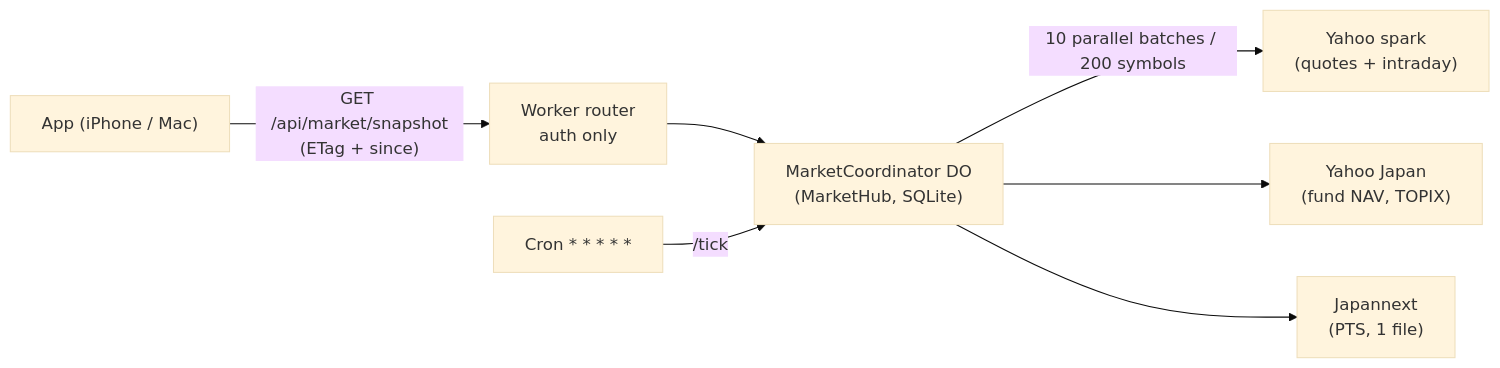
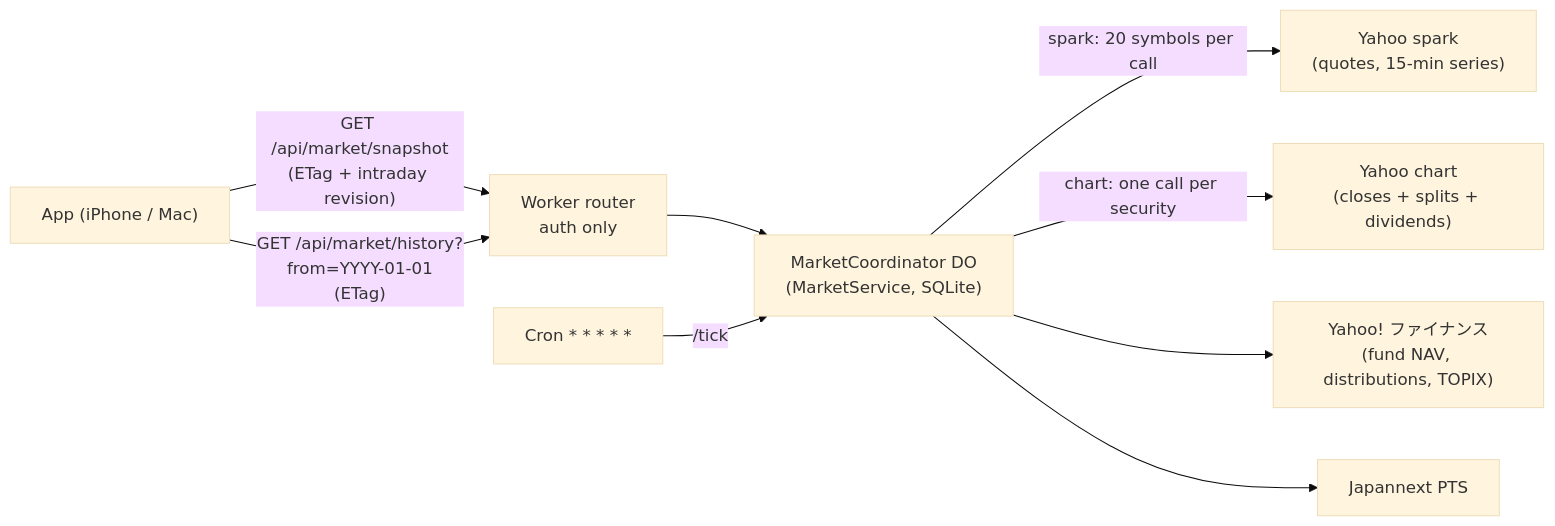
The diagram in docs/market-backend.md (SotaYanagisawa/kabutora), drawn with Mermaid (base theme) before and after one commit. The commit also changed other lines of this file and 143 other files, not shown here.

````diff
--- a/docs/market-backend.md
+++ b/docs/market-backend.md
@@ -5,9 +5,11 @@
 ```mermaid
 flowchart LR
-    Phone["App (iPhone / Mac)"] -->|"GET /api/market/snapshot\n(ETag + since)"| Worker["Worker router\nauth only"]
-    Worker --> Hub["MarketCoordinator DO\n(MarketHub, SQLite)"]
-    Hub -->|"10 parallel batches / 200 symbols"| Yahoo["Yahoo spark\n(quotes + intraday)"]
-    Hub --> YJ["Yahoo Japan\n(fund NAV, TOPIX)"]
-    Hub --> JNX["Japannext\n(PTS, 1 file)"]
-    Cron["Cron * * * * *"] -->|"/tick"| Hub
+    Phone["App (iPhone / Mac)"] -->|"GET /api/market/snapshot\n(ETag + intraday revision)"| Worker["Worker router\nauth only"]
+    Phone -->|"GET /api/market/history?from=YYYY-01-01\n(ETag)"| Worker
+    Worker --> Service["MarketCoordinator DO\n(MarketService, SQLite)"]
+    Service -->|"spark: 20 symbols per call"| Yahoo["Yahoo spark\n(quotes, 15-min series)"]
+    Service -->|"chart: one call per security"| Chart["Yahoo chart\n(closes + splits + dividends)"]
+    Service --> YJ["Yahoo! ファイナンス\n(fund NAV, distributions, TOPIX)"]
+    Service --> JNX["Japannext PTS"]
+    Cron["Cron * * * * *"] -->|"/tick"| Service
 ```
````
